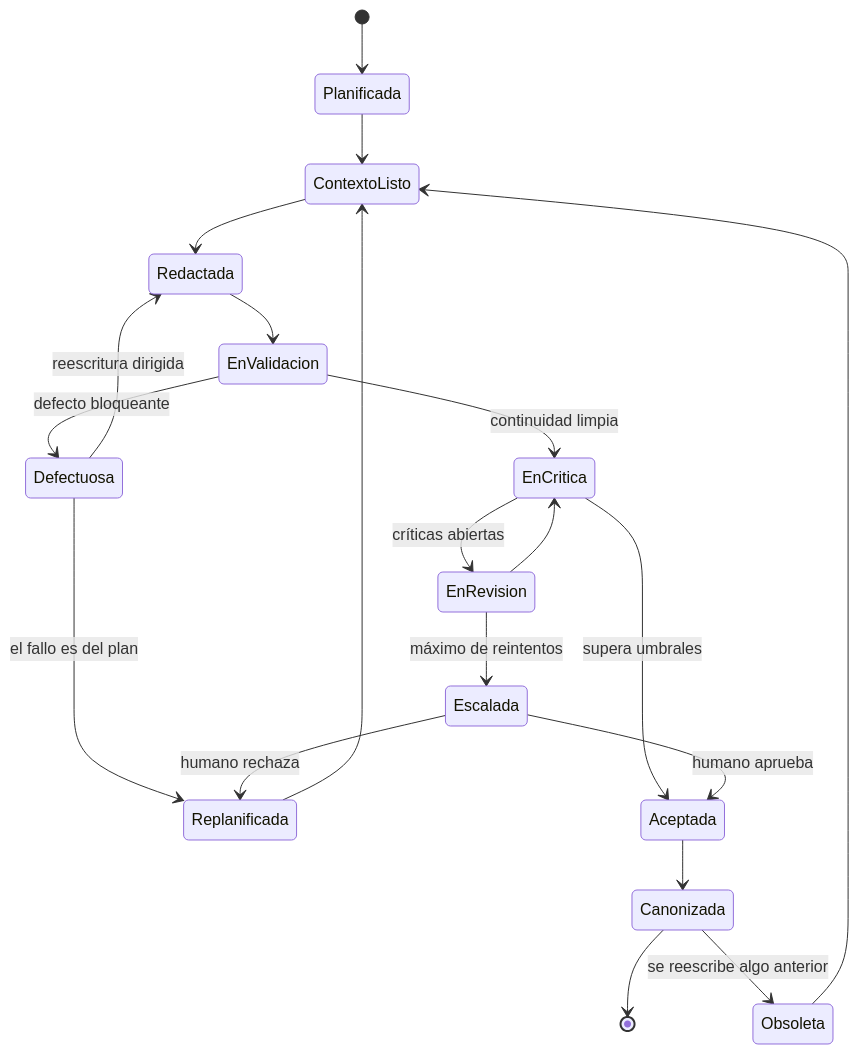
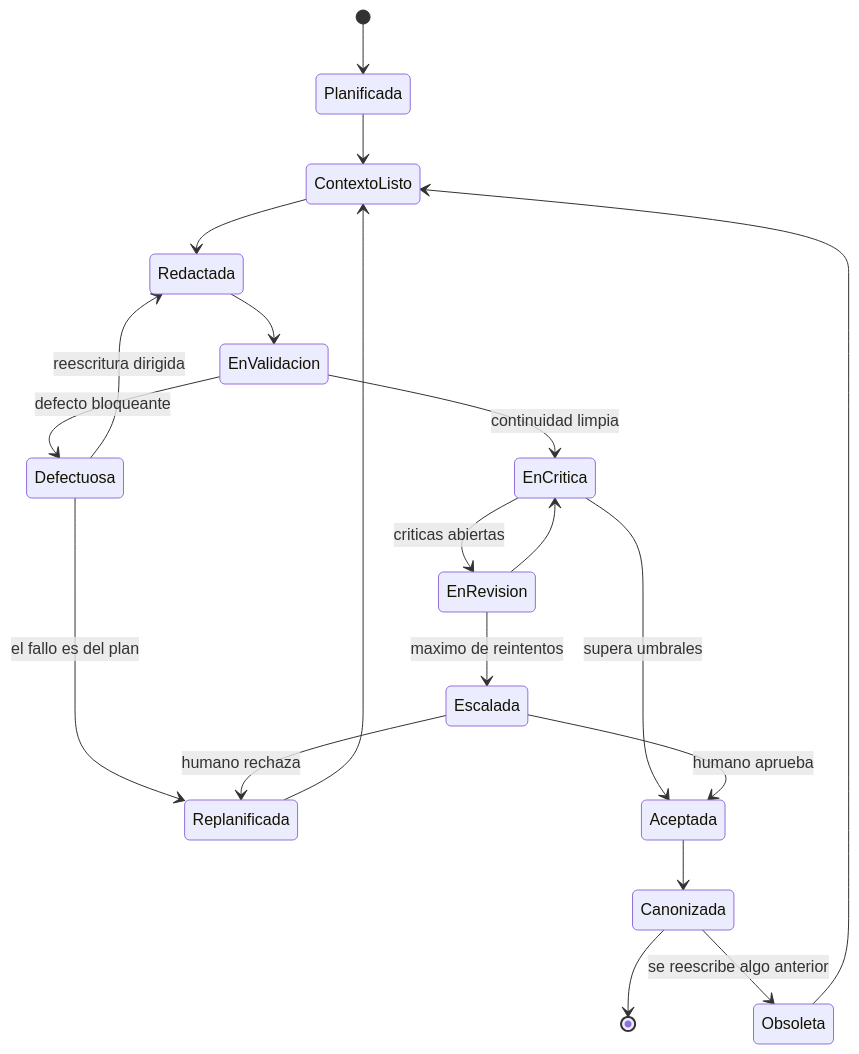
The fourth of 5 diagrams in docs/architecture.md (NabeelKazi12/MyStoryMaker), drawn with Mermaid before and after one commit. The commit also changed other lines of this file and 6 other files, not shown here.

````diff
--- a/docs/architecture.md
+++ b/docs/architecture.md
@@ -264,22 +484,22 @@
 ```mermaid
 stateDiagram-v2
     [*] --> Planificada
     Planificada --> ContextoListo
     ContextoListo --> Redactada
     Redactada --> EnValidacion
     EnValidacion --> Defectuosa: defecto bloqueante
     EnValidacion --> EnCritica: continuidad limpia
     Defectuosa --> Redactada: reescritura dirigida
     Defectuosa --> Replanificada: el fallo es del plan
     Replanificada --> ContextoListo
-    EnCritica --> EnRevision: críticas abiertas
+    EnCritica --> EnRevision: criticas abiertas
     EnCritica --> Aceptada: supera umbrales
     EnRevision --> EnCritica
-    EnRevision --> Escalada: máximo de reintentos
+    EnRevision --> Escalada: maximo de reintentos
     Escalada --> Aceptada: humano aprueba
     Escalada --> Replanificada: humano rechaza
     Aceptada --> Canonizada
     Canonizada --> [*]
     Canonizada --> Obsoleta: se reescribe algo anterior
     Obsoleta --> ContextoListo
 ```
````
